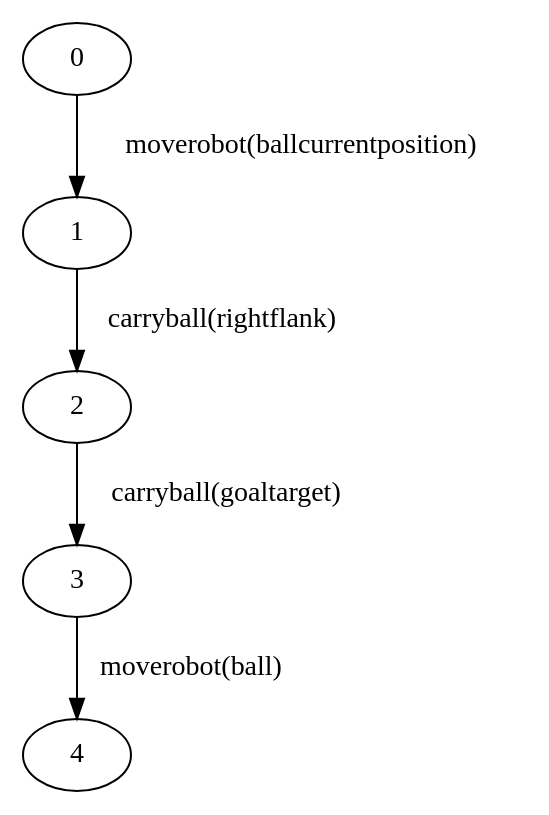
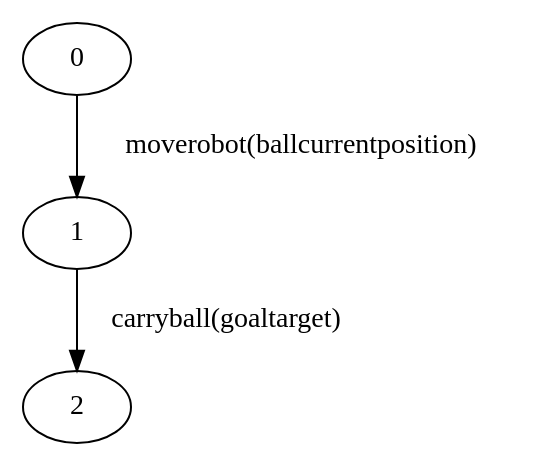
Before and after one commit to EmanueleMusumeci/SPL_RoboCup_Dynamic_Behavior_Generation_From_PDDL_PLTLf_specification_review_version: the diagram in robocup_spl_temporal_goals/experiments/adversarial_experiment/output/plan_preview/adversarial_striker_B_striker.dot, drawn with Graphviz. The commit also changed 25 other files, not shown here.

```diff
--- a/robocup_spl_temporal_goals/experiments/adversarial_experiment/output/plan_preview/adversarial_striker_B_striker.dot
+++ b/robocup_spl_temporal_goals/experiments/adversarial_experiment/output/plan_preview/adversarial_striker_B_striker.dot
@@ -1,15 +1,9 @@
 strict digraph "" {
 	0	[color=black];
 	1	[color=black];
 	0 -> 1	[color=black,
 		label="moverobot(ballcurrentposition)"];
 	2	[color=black];
 	1 -> 2	[color=black,
-		label="carryball(rightflank)"];
-	3	[color=black];
-	2 -> 3	[color=black,
 		label="carryball(goaltarget)"];
-	4	[color=black];
-	3 -> 4	[color=black,
-		label="moverobot(ball)"];
 }
```
